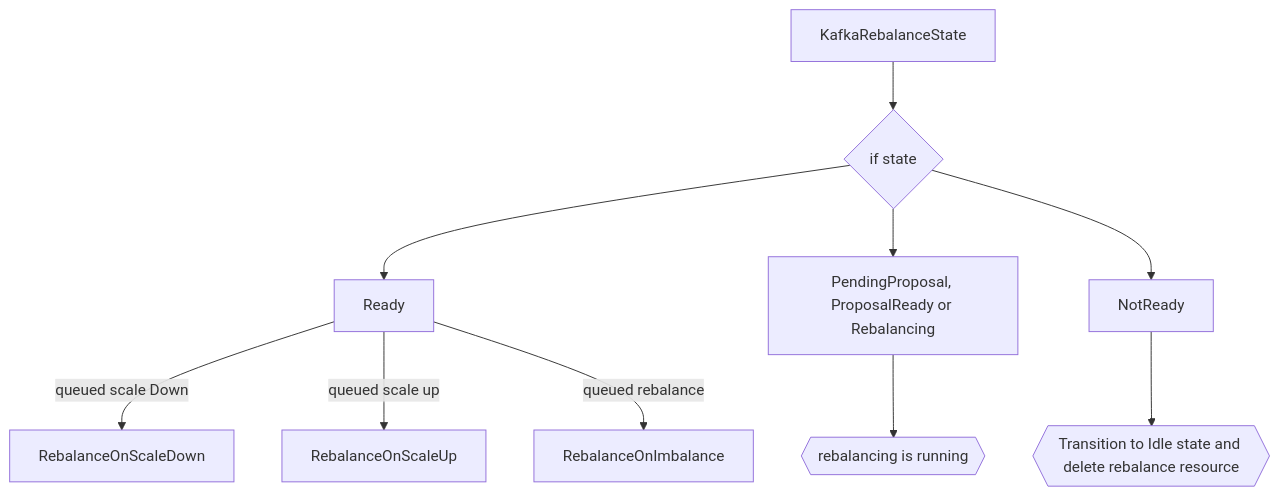
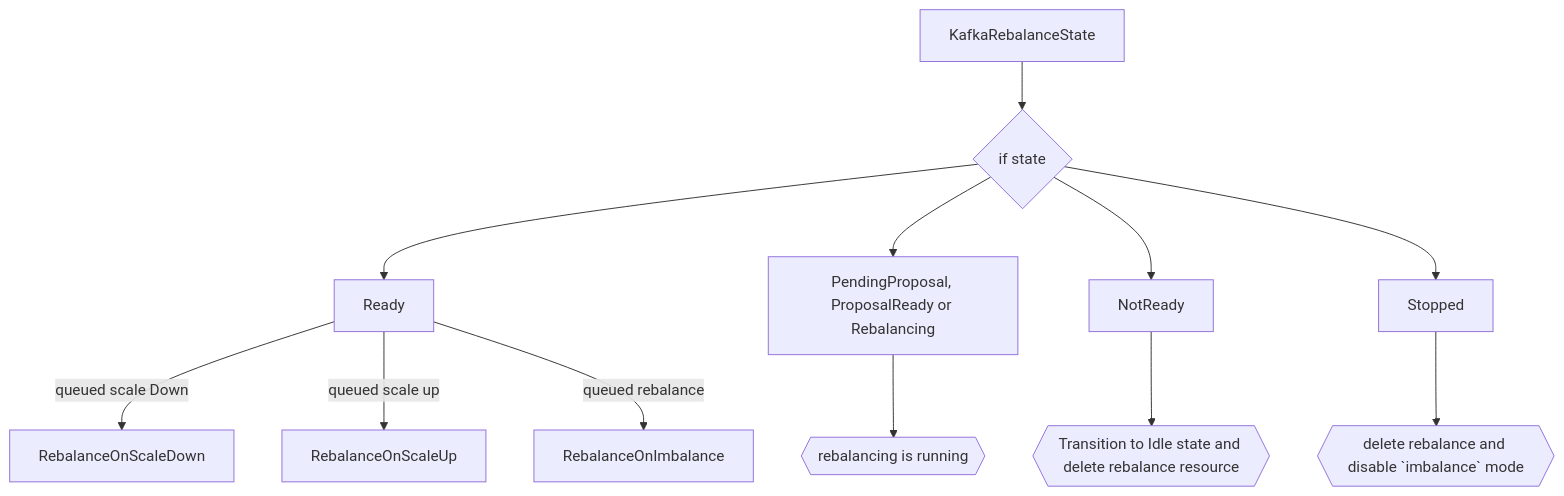
The diagram in 106-auto-rebalance-on-imbalanced-clusters.md (strimzi/proposals), drawn with Mermaid before and after one commit. The commit also changed other lines of this file and 1 other file, not shown here.

````diff
--- a/106-auto-rebalance-on-imbalanced-clusters.md
+++ b/106-auto-rebalance-on-imbalanced-clusters.md
@@ -499,12 +419,14 @@
 ```mermaid
 flowchart TB
   A[KafkaRebalanceState] --> B{if state}
   B --> C[Ready]
   C -- queued scale Down --> D[RebalanceOnScaleDown]
   C -- queued scale up --> E[RebalanceOnScaleUp]
   C -- queued rebalance --> F[RebalanceOnImbalance]
   B --> G[PendingProposal, ProposalReady or Rebalancing]
   G --> H{{rebalancing is running}}
   B --> I[NotReady]
   I --> J{{Transition to Idle state and delete rebalance resource}}
+  B --> K[Stopped]
+  K --> L{{delete rebalance and disable `imbalance` mode}}
 ```
````
